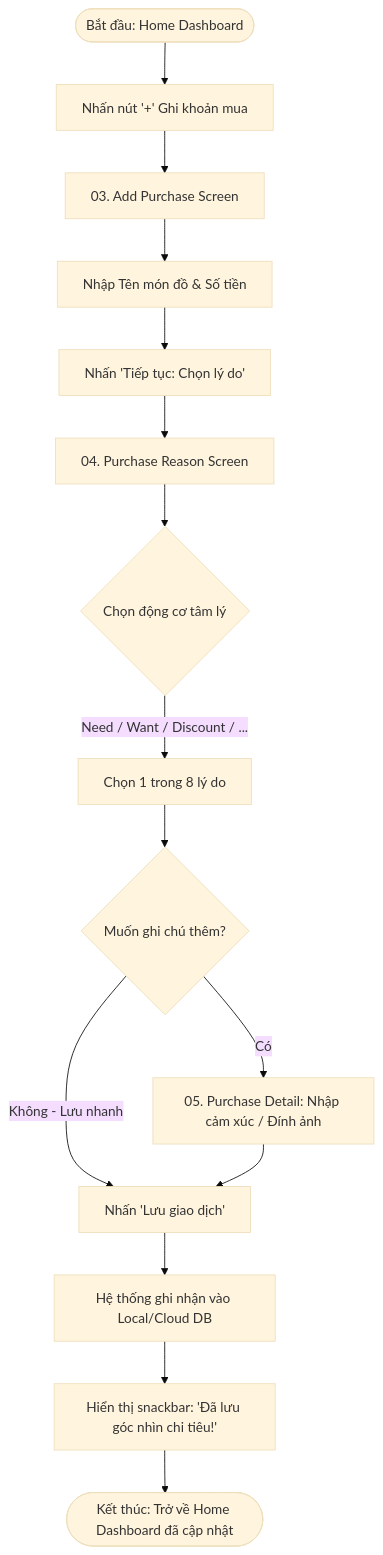
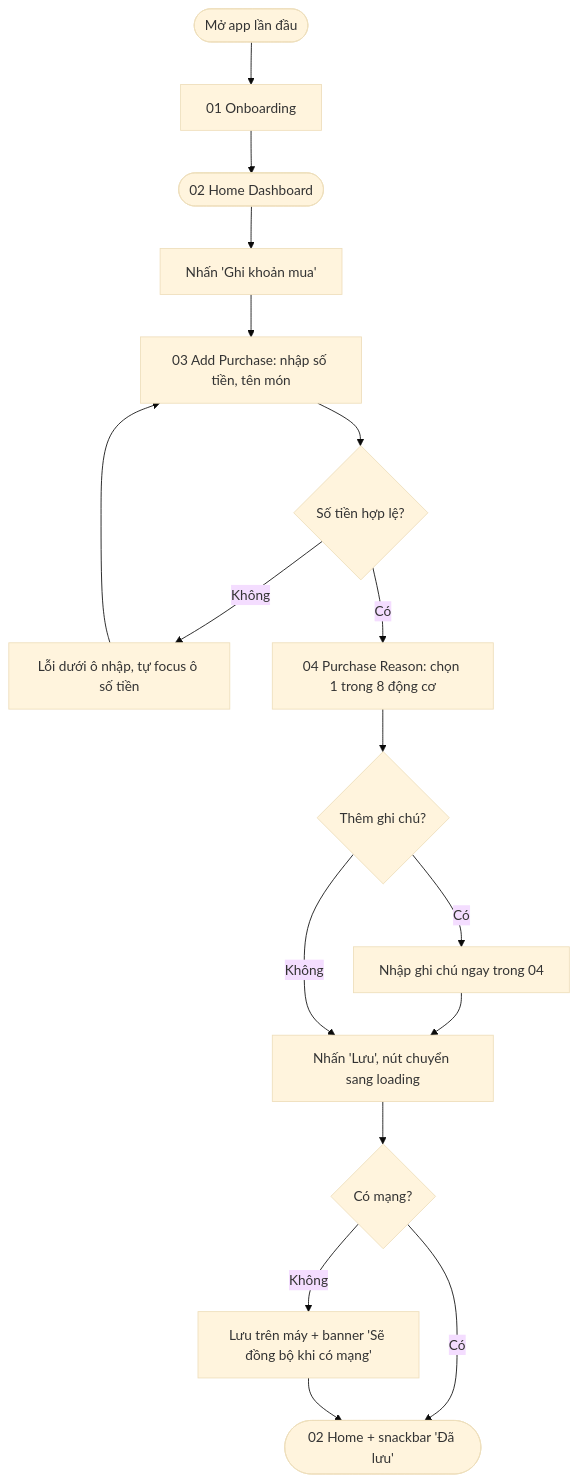
One commit to hoanghuan2005/prm393_lab02 changed the second of 4 diagrams in ux/user-flow.md. Above: the diagram before and after it, drawn with Mermaid (base theme). The commit also changed other lines of this file, not shown here.

Commit message:
Add information architecture and user flows

````diff
--- a/ux/user-flow.md
+++ b/ux/user-flow.md
@@ -62,20 +52,15 @@
 ```mermaid
 flowchart TD
-    Start([Bắt đầu: Home Dashboard]) --> ClickAdd[Nhấn nút '+' Ghi khoản mua]
-    ClickAdd --> ScreenAdd[03. Add Purchase Screen]
-    ScreenAdd --> InputInfo[Nhập Tên món đồ & Số tiền]
-    InputInfo --> ClickNext[Nhấn 'Tiếp tục: Chọn lý do']
-    ClickNext --> ScreenReason[04. Purchase Reason Screen]
-    
-    ScreenReason --> SelectReason{Chọn động cơ tâm lý}
-    SelectReason -->|Need / Want / Discount / ...| ChooseTag[Chọn 1 trong 8 lý do]
-    
-    ChooseTag --> DecisionDetail{Muốn ghi chú thêm?}
-    DecisionDetail -->|Có| OpenDetail[05. Purchase Detail: Nhập cảm xúc / Đính ảnh]
-    DecisionDetail -->|Không - Lưu nhanh| QuickSave[Nhấn 'Lưu giao dịch']
-    
-    OpenDetail --> QuickSave
-    QuickSave --> SubmitData[Hệ thống ghi nhận vào Local/Cloud DB]
-    SubmitData --> SuccessToast[Hiển thị snackbar: 'Đã lưu góc nhìn chi tiêu!']
-    SuccessToast --> ReturnHome([Kết thúc: Trở về Home Dashboard đã cập nhật])
+    First([Mở app lần đầu]) --> S01[01 Onboarding] --> Start
+    Start([02 Home Dashboard]) --> Add[Nhấn 'Ghi khoản mua']
+    Add --> S03[03 Add Purchase: nhập số tiền, tên món]
+    S03 --> Valid{Số tiền hợp lệ?}
+    Valid -->|Không| Err[Lỗi dưới ô nhập, tự focus ô số tiền] --> S03
+    Valid -->|Có| S04[04 Purchase Reason: chọn 1 trong 8 động cơ]
+    S04 --> Note{Thêm ghi chú?}
+    Note -->|Có| Write[Nhập ghi chú ngay trong 04] --> Save
+    Note -->|Không| Save[Nhấn 'Lưu', nút chuyển sang loading]
+    Save --> Net{Có mạng?}
+    Net -->|Có| Done([02 Home + snackbar 'Đã lưu'])
+    Net -->|Không| Offline[Lưu trên máy + banner 'Sẽ đồng bộ khi có mạng'] --> Done
 ```
````
